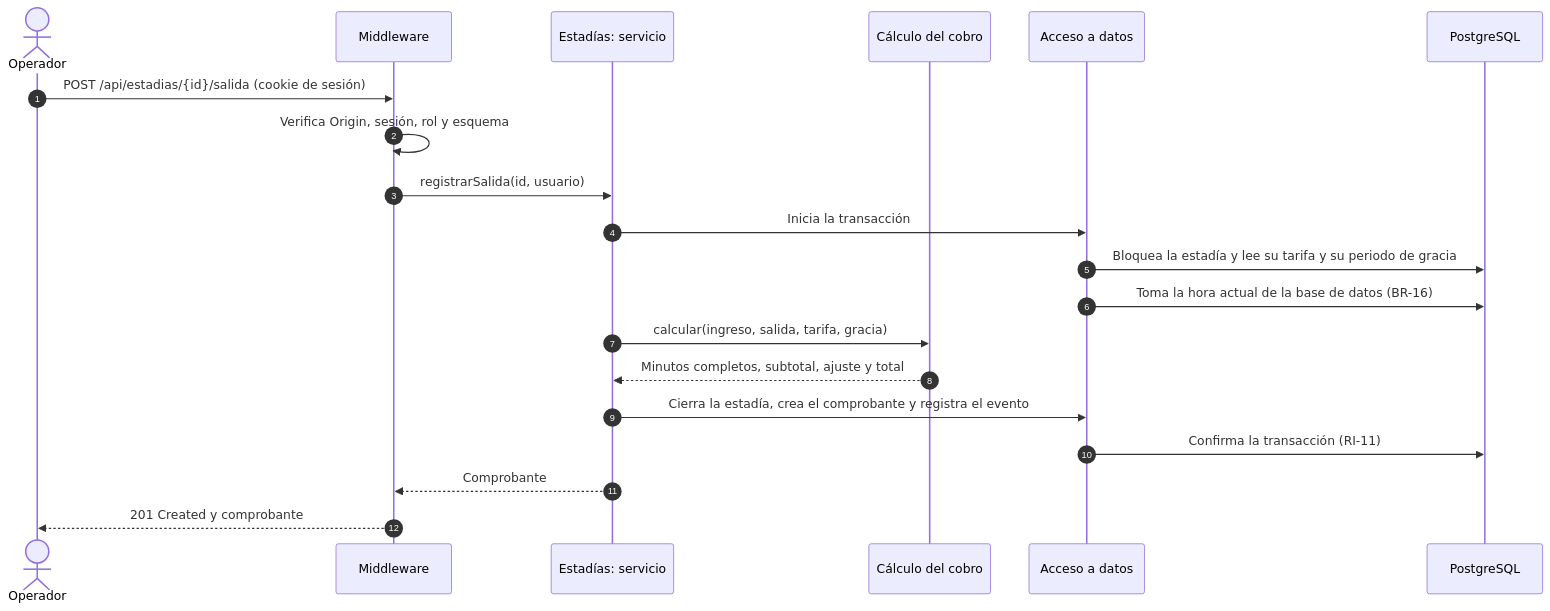
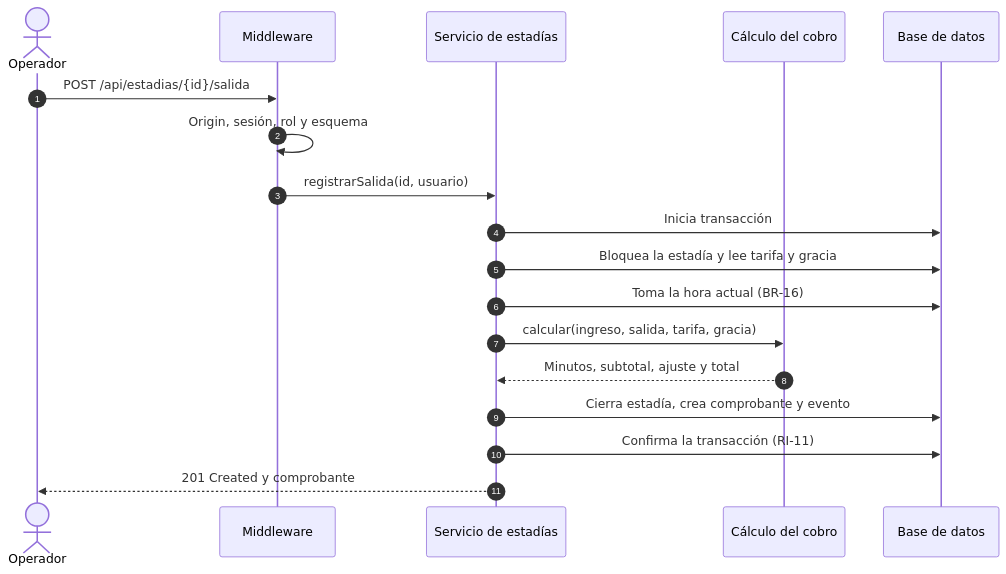
Before and after one commit to wrafael91/parkapp: the fourth of 4 diagrams in docs/arquitectura.md, drawn with Mermaid. The commit also changed other lines of this file, not shown here.

Commit message:
docs: simplify component and sequence diagrams (#7)

````diff
--- a/docs/arquitectura.md
+++ b/docs/arquitectura.md
@@ -167,23 +168,20 @@
 ```mermaid
 sequenceDiagram
     autonumber
     actor Op as Operador
     participant MW as Middleware
-    participant S as Estadías: servicio
+    participant S as Servicio de estadías
     participant C as Cálculo del cobro
-    participant R as Acceso a datos
-    participant DB as PostgreSQL
-
-    Op->>MW: POST /api/estadias/{id}/salida (cookie de sesión)
-    MW->>MW: Verifica Origin, sesión, rol y esquema
+    participant DB as Base de datos
+    Op->>MW: POST /api/estadias/{id}/salida
+    MW->>MW: Origin, sesión, rol y esquema
     MW->>S: registrarSalida(id, usuario)
-    S->>R: Inicia la transacción
-    R->>DB: Bloquea la estadía y lee su tarifa y su periodo de gracia
-    R->>DB: Toma la hora actual de la base de datos (BR-16)
+    S->>DB: Inicia transacción
+    S->>DB: Bloquea la estadía y lee tarifa y gracia
+    S->>DB: Toma la hora actual (BR-16)
     S->>C: calcular(ingreso, salida, tarifa, gracia)
-    C-->>S: Minutos completos, subtotal, ajuste y total
-    S->>R: Cierra la estadía, crea el comprobante y registra el evento
-    R->>DB: Confirma la transacción (RI-11)
-    S-->>MW: Comprobante
-    MW-->>Op: 201 Created y comprobante
+    C-->>S: Minutos, subtotal, ajuste y total
+    S->>DB: Cierra estadía, crea comprobante y evento
+    S->>DB: Confirma la transacción (RI-11)
+    S-->>Op: 201 Created y comprobante
 ```
````
